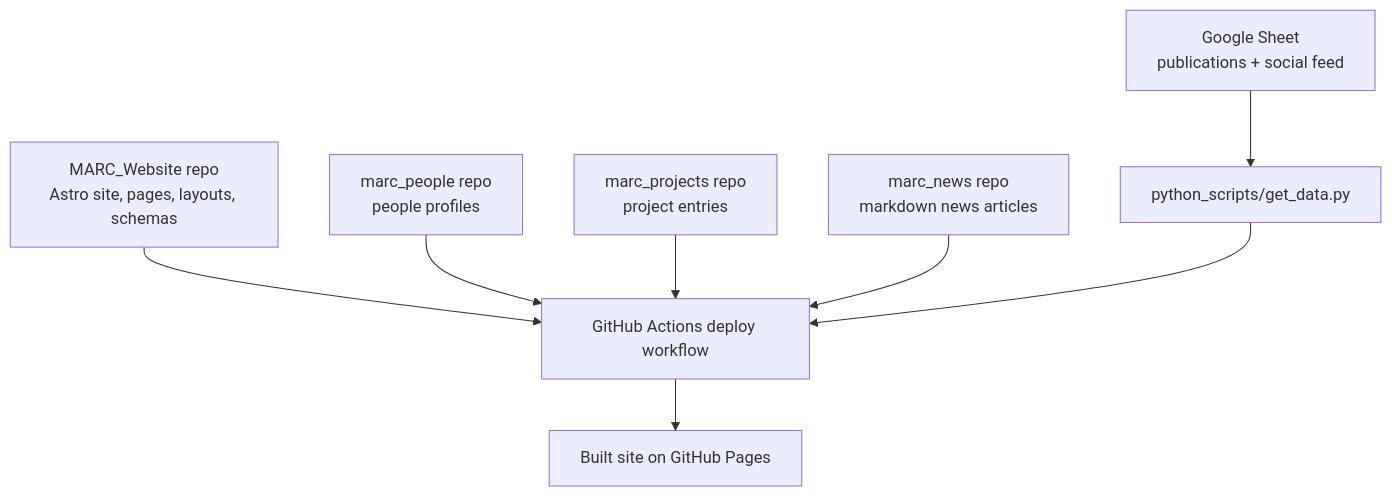
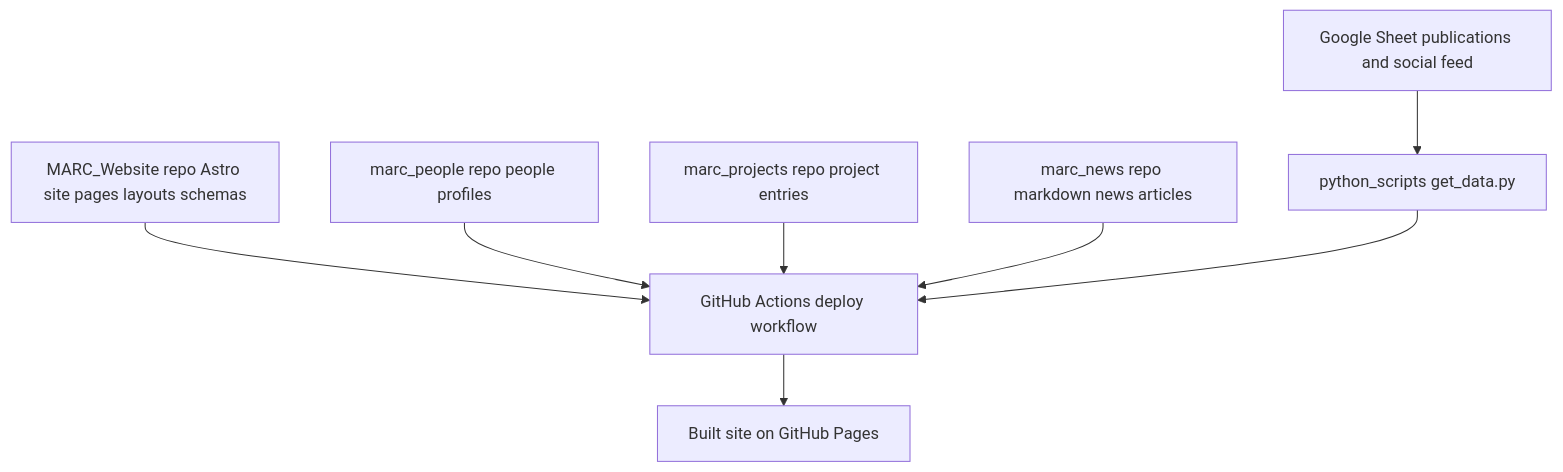
Before and after one commit to pdnMARC/pdnmarc.github.io: the diagram in README.md, drawn with Mermaid. The commit also changed other lines of this file, not shown here.

Commit message:
Mermaid fix and emojis!

````diff
--- a/README.md
+++ b/README.md
@@ -32,10 +32,10 @@
 ```mermaid
 flowchart TD
-    A[MARC_Website repo\nAstro site, pages, layouts, schemas] --> B[GitHub Actions deploy workflow]
-    C[marc_people repo\npeople profiles] --> B
-    D[marc_projects repo\nproject entries] --> B
-    E[marc_news repo\nmarkdown news articles] --> B
-    F[Google Sheet\npublications + social feed] --> G[python_scripts/get_data.py]
+    A[MARC_Website repo Astro site pages layouts schemas] --> B[GitHub Actions deploy workflow]
+    C[marc_people repo people profiles] --> B
+    D[marc_projects repo project entries] --> B
+    E[marc_news repo markdown news articles] --> B
+    F[Google Sheet publications and social feed] --> G[python_scripts get_data.py]
     G --> B
     B --> H[Built site on GitHub Pages]
 ```
````
